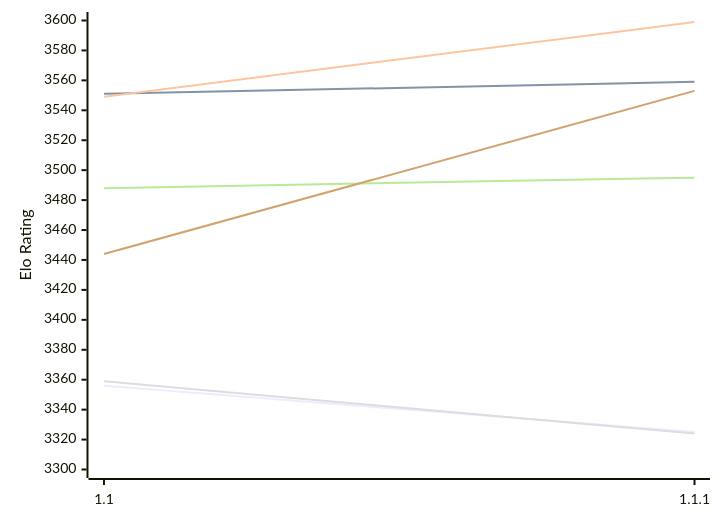
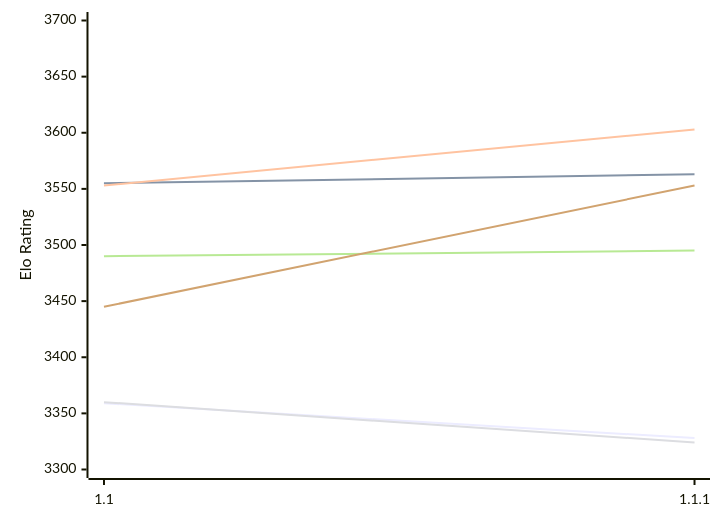
One commit to computer-chess-index/cci changed the first of 2 diagrams in engines/Icarus.md. Above: the diagram before and after it, drawn with Mermaid. The commit also changed other lines of this file, not shown here.

Commit message:
Update CCI Ratings (ELO VLTC) - 2026-11-22

````diff
--- a/engines/Icarus.md
+++ b/engines/Icarus.md
@@ -51,12 +51,12 @@
 ```mermaid
 %%{init: {"theme":"base","themeVariables":{"seriesColors:['#a3a3a3','#222221','#faa371']}}}%%
 xychart-beta
   x-axis ["1.1", "1.1.1"]
-  y-axis "Elo Rating" 3300 --> 3600
-  line "E1: STC (8.0+0.08s)" [3356, 3325]
-  line "E1: LTC (60.0+0.60s)" [3551, 3559]
-  line "E1: VLTC (2m24s+1.12s)" [3549, 3599]
-  line "P1: STC (8.0+0.08s)" [3359, 3324]
-  line "P1: LTC (60.0+0.60s)" [3488, 3495]
-  line "P1: VLTC (2m24s+1.12s)" [3444, 3553]
+  y-axis "Elo Rating" 3300 --> 3700
+  line "E1: STC (8.0+0.08s)" [3359, 3328]
+  line "E1: LTC (60.0+0.60s)" [3555, 3563]
+  line "E1: VLTC (2m24s+1.12s)" [3553, 3603]
+  line "P1: STC (8.0+0.08s)" [3360, 3324]
+  line "P1: LTC (60.0+0.60s)" [3490, 3495]
+  line "P1: VLTC (2m24s+1.12s)" [3445, 3553]
 ```
````
